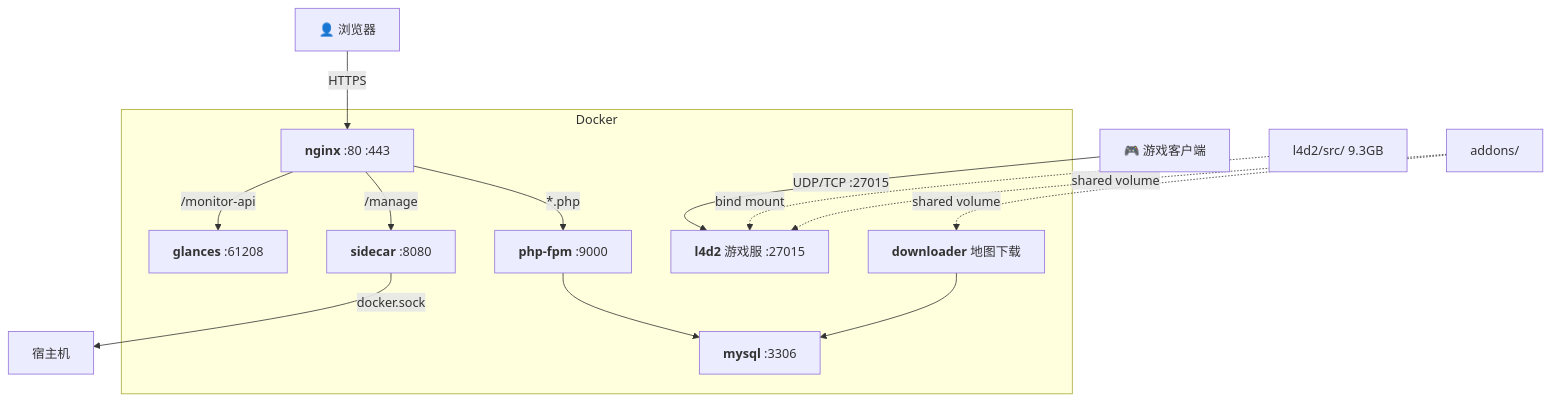
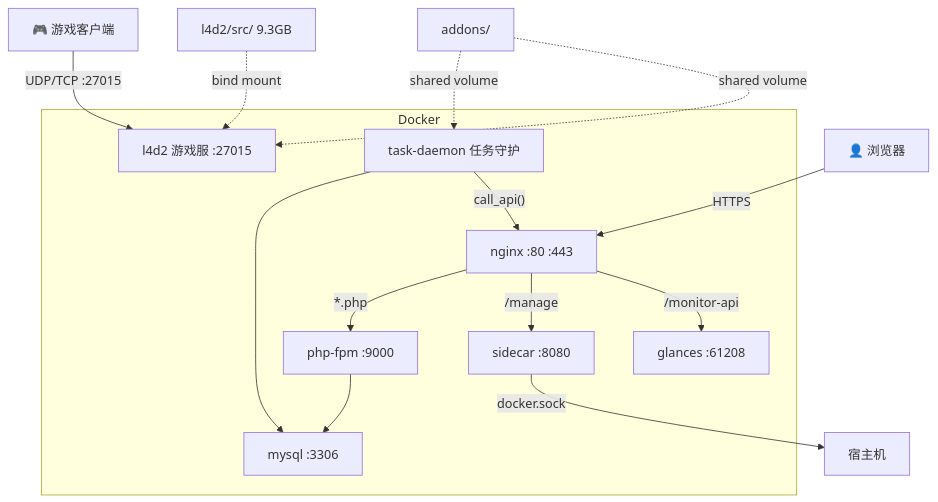
Before and after one commit to TunArund/L4D2-ServerPack: the diagram in README.md, drawn with Mermaid. The commit also changed other lines of this file and 20 other files, not shown here.

First line of the commit message:
refactor: downloader→task-daemon 重命名 + COS 同步架构修正 + 文档体系重构

````diff
--- a/README.md
+++ b/README.md
@@ -41,26 +140,27 @@
 ```mermaid
 graph TB
-    USER[👤 浏览器] -->|HTTPS| NGINX
-    GAME[🎮 游戏客户端] -->|UDP/TCP :27015| L4D2
+    USER["👤 浏览器"] -->|"HTTPS"| NGINX
+    GAME["🎮 游戏客户端"] -->|"UDP/TCP :27015"| L4D2
 
     subgraph Docker
-        NGINX[<b>nginx</b> :80 :443]
-        PHP[<b>php-fpm</b> :9000]
-        MYSQL[<b>mysql</b> :3306]
-        DL[<b>downloader</b> 地图下载]
-        SIDECAR[<b>sidecar</b> :8080]
-        GLANCES[<b>glances</b> :61208]
-        L4D2[<b>l4d2</b> 游戏服 :27015]
+        NGINX["nginx :80 :443"]
+        PHP["php-fpm :9000"]
+        MYSQL["mysql :3306"]
+        DL["task-daemon 任务守护"]
+        SIDECAR["sidecar :8080"]
+        GLANCES["glances :61208"]
+        L4D2["l4d2 游戏服 :27015"]
     end
 
-    NGINX -->|*.php| PHP
-    NGINX -->|/manage| SIDECAR
-    NGINX -->|/monitor-api| GLANCES
+    NGINX -->|"*.php"| PHP
+    NGINX -->|"/manage"| SIDECAR
+    NGINX -->|"/monitor-api"| GLANCES
     PHP --> MYSQL
     DL --> MYSQL
-    SIDECAR -->|docker.sock| HOST[宿主机]
+    DL -->|"call_api()"| NGINX
+    SIDECAR -->|"docker.sock"| HOST["宿主机"]
 
-    L4D2_GAME[l4d2/src/ 9.3GB] -.->|bind mount| L4D2
-    ADDONS[addons/] -.->|shared volume| DL
-    ADDONS -.->|shared volume| L4D2
+    L4D2_GAME["l4d2/src/ 9.3GB"] -.->|"bind mount"| L4D2
+    ADDONS["addons/"] -.->|"shared volume"| DL
+    ADDONS -.->|"shared volume"| L4D2
 ```
````
